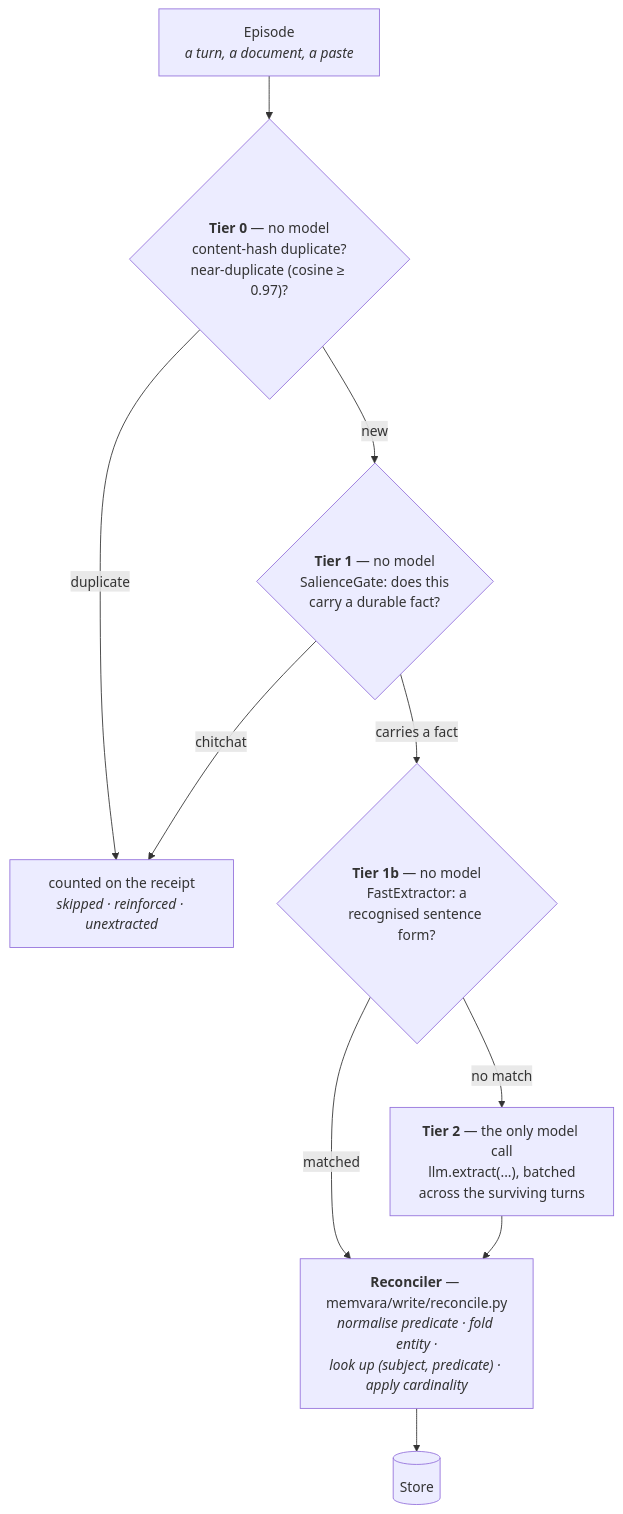
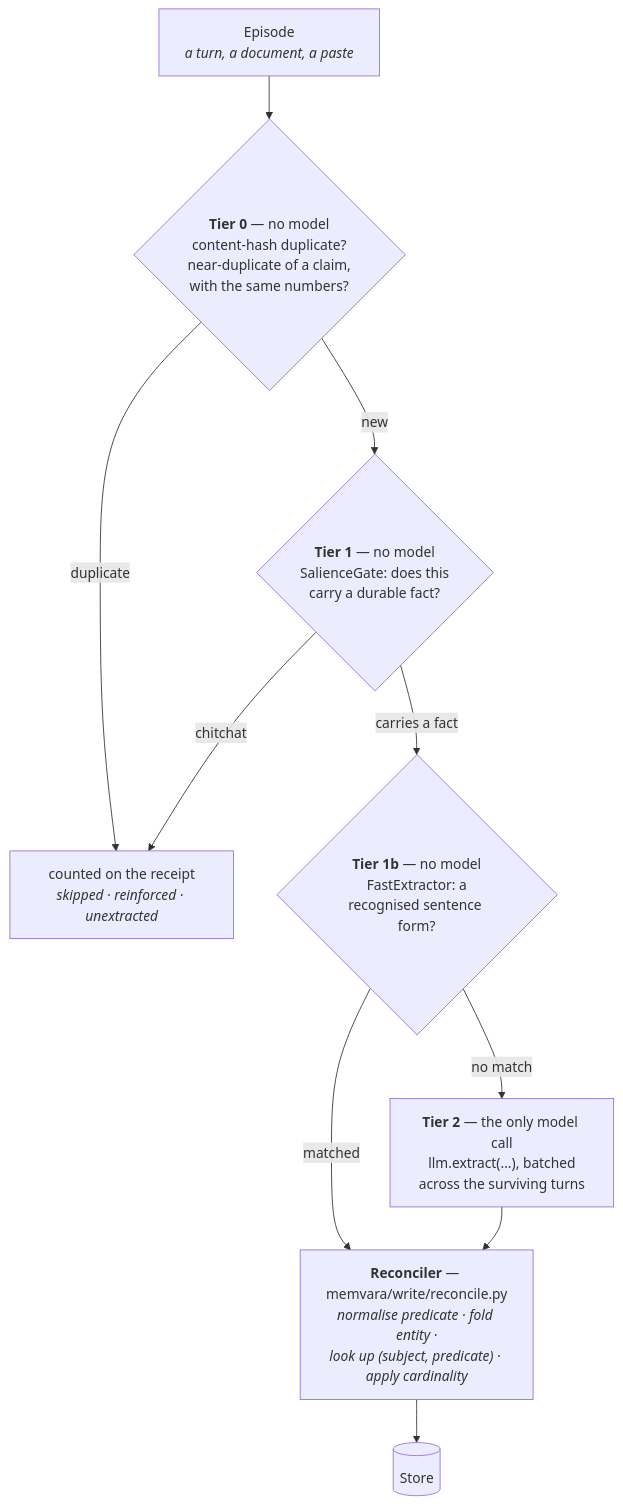
One commit to memvara/memvara changed the second of 4 diagrams in docs/reference/architecture.md. Above: the diagram before and after it, drawn with Mermaid. The commit also changed 12 other files, not shown here.

````diff
--- a/docs/reference/architecture.md
+++ b/docs/reference/architecture.md
@@ -40,21 +40,21 @@
 ```mermaid
 flowchart TD
     E["Episode<br/><i>a turn, a document, a paste</i>"]
-    T0{"<b>Tier 0</b> — no model<br/>content-hash duplicate?<br/>near-duplicate (cosine ≥ 0.97)?"}
+    T0{"<b>Tier 0</b> — no model<br/>content-hash duplicate?<br/>near-duplicate of a claim,<br/>with the same numbers?"}
     T1{"<b>Tier 1</b> — no model<br/>SalienceGate: does this<br/>carry a durable fact?"}
     T1B{"<b>Tier 1b</b> — no model<br/>FastExtractor: a<br/>recognised sentence form?"}
     T2["<b>Tier 2</b> — the only model call<br/>llm.extract(...), batched<br/>across the surviving turns"]
     REC["<b>Reconciler</b> — memvara/write/reconcile.py<br/><i>normalise predicate · fold entity ·<br/>look up (subject, predicate) · apply cardinality</i>"]
     ST[("Store")]
     SKIP["counted on the receipt<br/><i>skipped · reinforced · unextracted</i>"]
 
     E --> T0
     T0 -- "duplicate" --> SKIP
     T0 -- "new" --> T1
     T1 -- "chitchat" --> SKIP
     T1 -- "carries a fact" --> T1B
     T1B -- "matched" --> REC
     T1B -- "no match" --> T2
     T2 --> REC
     REC --> ST
 ```
````
